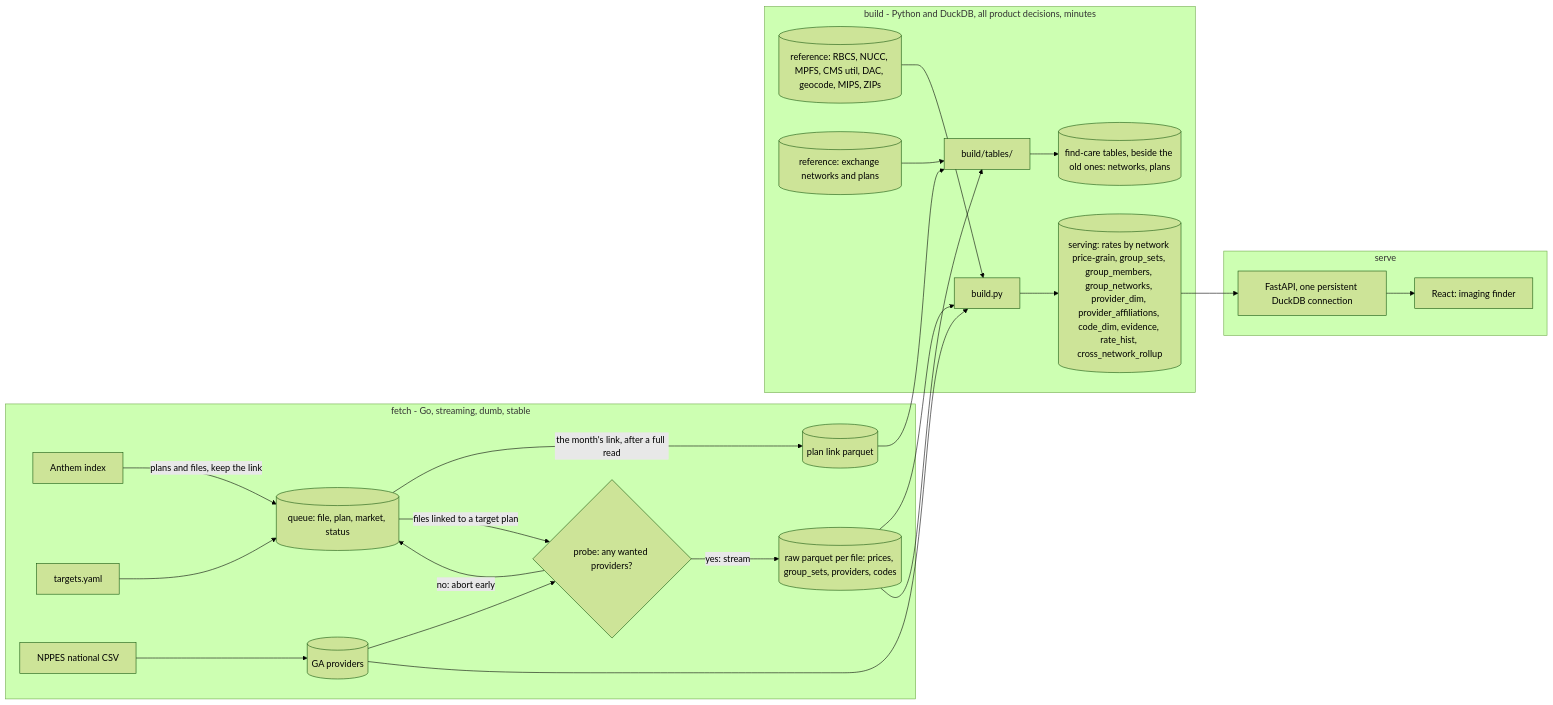
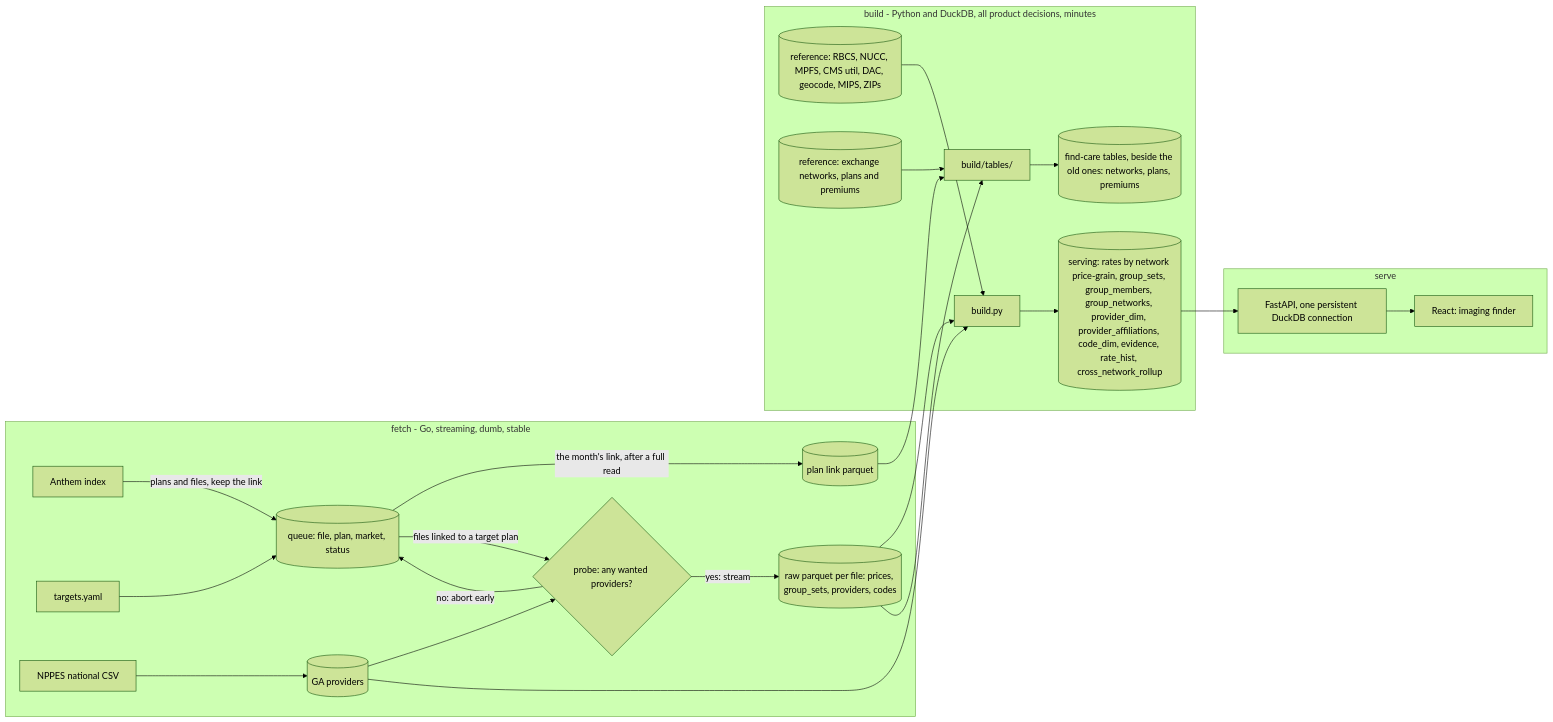
The first of 3 diagrams in docs/architecture.md (wmespi/honest-healthcare), drawn with Mermaid (forest theme) before and after one commit. The commit also changed 8 other files, not shown here.

First line of the commit message:
feat(build): the find-care premiums table (#135) (#155)

````diff
--- a/docs/architecture.md
+++ b/docs/architecture.md
@@ -33,27 +33,27 @@
 ```mermaid
 flowchart LR
   subgraph fetch [fetch - Go, streaming, dumb, stable]
     IDX[Anthem index] -->|"plans and files, keep the link"| Q[(queue: file, plan, market, status)]
     Q -->|"the month's link, after a full read"| LINK[(plan link parquet)]
     TGT[targets.yaml] --> Q
     Q -->|"files linked to a target plan"| PROBE{"probe: any wanted providers?"}
     PROBE -->|"no: abort early"| Q
     PROBE -->|"yes: stream"| RAW[(raw parquet per file: prices, group_sets, providers, codes)]
     NPPES[NPPES national CSV] --> GA[(GA providers)]
     GA --> PROBE
   end
   subgraph build [build - Python and DuckDB, all product decisions, minutes]
     RAW --> B[build.py]
     GA --> B
     REF[(reference: RBCS, NUCC, MPFS, CMS util, DAC, geocode, MIPS, ZIPs)] --> B
     B --> SRV[(serving: rates by network price-grain, group_sets, group_members, group_networks, provider_dim, provider_affiliations, code_dim, evidence, rate_hist, cross_network_rollup)]
     RAW --> FC["build/tables/"]
     LINK --> FC
-    XNET[(reference: exchange networks and plans)] --> FC
-    FC --> FCT[("find-care tables, beside the old ones: networks, plans")]
+    XNET[(reference: exchange networks, plans and premiums)] --> FC
+    FC --> FCT[("find-care tables, beside the old ones: networks, plans, premiums")]
   end
   subgraph serve [serve]
     SRV --> API[FastAPI, one persistent DuckDB connection]
     API --> WEB[React: imaging finder]
   end
 ```
````
